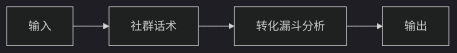
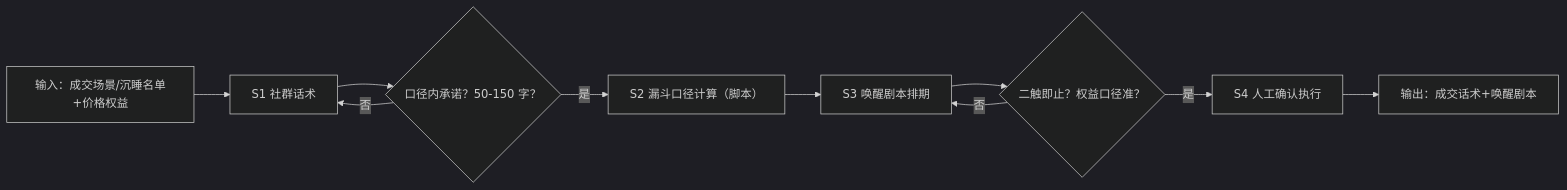
Before and after one commit to bangwozuo/funnel-builder-zh: the diagram in workflows/closing-repurchase-remind-flow/SKILL.md, drawn with Mermaid (dark theme). The commit also changed other lines of this file and 53 other files, not shown here.

````diff
--- a/workflows/closing-repurchase-remind-flow/SKILL.md
+++ b/workflows/closing-repurchase-remind-flow/SKILL.md
@@ -27,10 +36,16 @@
 ```mermaid
 flowchart LR
-    IN["输入"]
-    S1["社群话术"]
-    S2["转化漏斗分析"]
-    OUT["输出"]
-    IN --> S1
-    S1 --> S2
-    S2 --> OUT
+    IN["输入：成交场景/沉睡名单+价格权益"]
+    S1["S1 社群话术"]
+    Q1{"口径内承诺？50-150 字？"}
+    S2["S2 漏斗口径计算（脚本）"]
+    S3["S3 唤醒剧本排期"]
+    Q2{"二触即止？权益口径准？"}
+    S4["S4 人工确认执行"]
+    OUT["输出：成交话术+唤醒剧本"]
+    IN --> S1 --> Q1
+    Q1 -- 否 --> S1
+    Q1 -- 是 --> S2 --> S3 --> Q2
+    Q2 -- 否 --> S3
+    Q2 -- 是 --> S4 --> OUT
 ```
````
